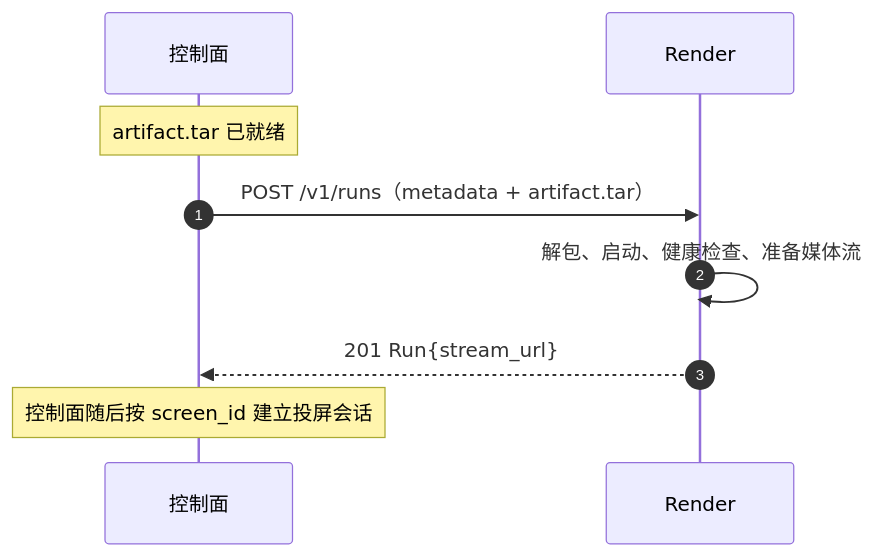
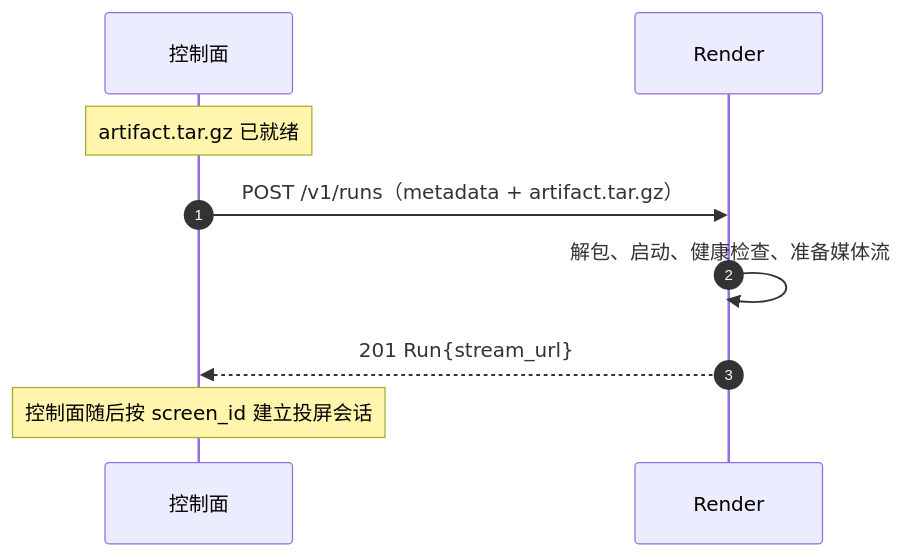
One commit to open-anywhere/open-anywhere changed the diagram in docs/gateway-render-interface.md. Above: the diagram before and after it, drawn with Mermaid. The commit also changed other lines of this file and 1 other file, not shown here.

````diff
--- a/docs/gateway-render-interface.md
+++ b/docs/gateway-render-interface.md
@@ -250,12 +253,12 @@
 ```mermaid
 sequenceDiagram
   autonumber
   participant C as 控制面
   participant R as Render
 
-  Note over C: artifact.tar 已就绪
-  C->>R: POST /v1/runs（metadata + artifact.tar）
+  Note over C: artifact.tar.gz 已就绪
+  C->>R: POST /v1/runs（metadata + artifact.tar.gz）
   R->>R: 解包、启动、健康检查、准备媒体流
   R-->>C: 201 Run{stream_url}
   Note over C: 控制面随后按 screen_id 建立投屏会话
 ```
````
